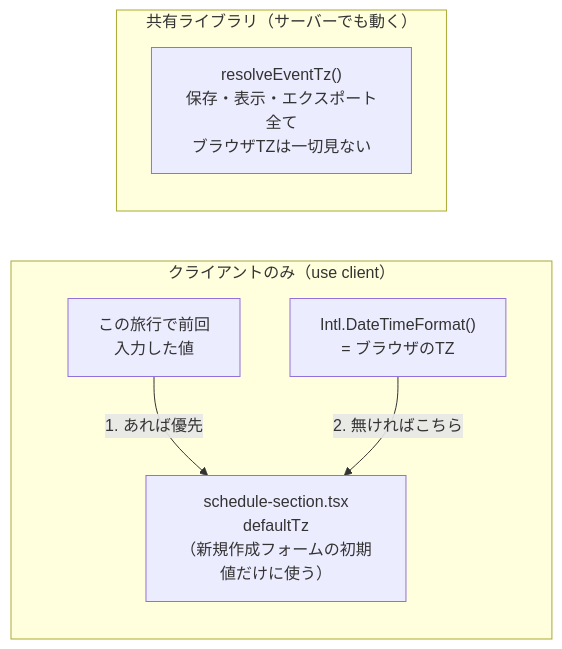
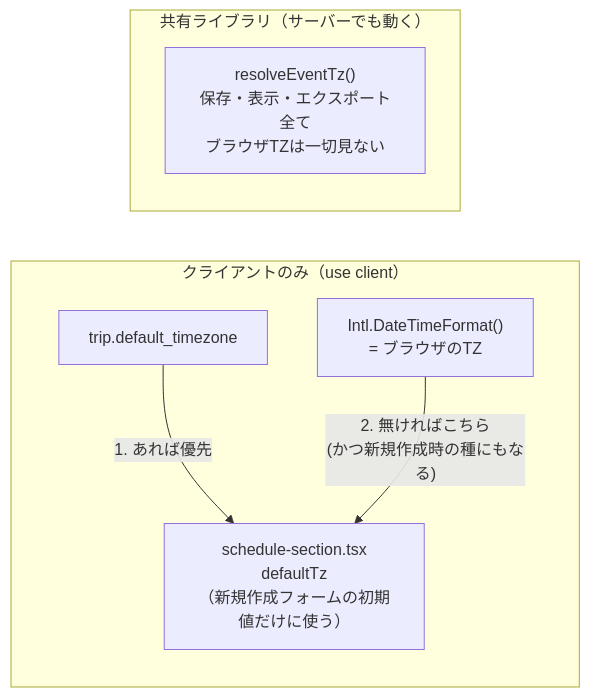
One commit to shidetake/triplot changed the fifth of 5 diagrams in docs/design/timezone.md. Above: the diagram before and after it, drawn with Mermaid. The commit also changed other lines of this file and 11 other files, not shown here.

````diff
--- a/docs/design/timezone.md
+++ b/docs/design/timezone.md
@@ -81,14 +101,14 @@
 ```mermaid
 flowchart LR
     subgraph G3["クライアントのみ（use client）"]
-        PREV["この旅行で前回<br/>入力した値"]
+        DTZ["trip.default_timezone"]
         BR["Intl.DateTimeFormat()<br/>= ブラウザのTZ"]
         SS["schedule-section.tsx<br/>defaultTz<br/>（新規作成フォームの初期値だけに使う）"]
     end
     subgraph G4["共有ライブラリ（サーバーでも動く）"]
         RE["resolveEventTz()<br/>保存・表示・エクスポート全て<br/>ブラウザTZは一切見ない"]
     end
 
-    PREV -->|"1. あれば優先"| SS
-    BR -->|"2. 無ければこちら"| SS
+    DTZ -->|"1. あれば優先"| SS
+    BR -->|"2. 無ければこちら<br/>(かつ新規作成時の種にもなる)"| SS
 ```
````
